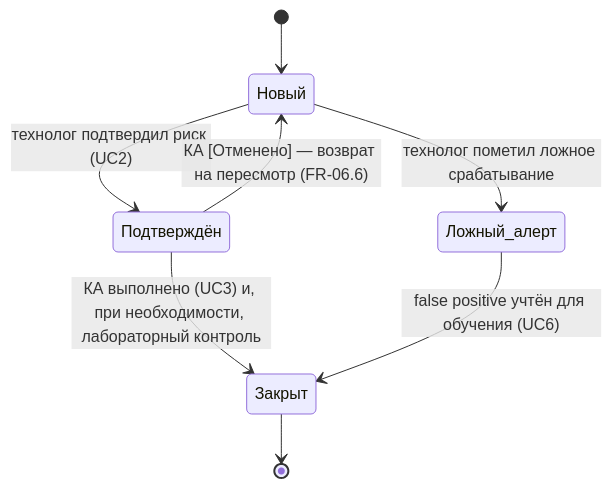
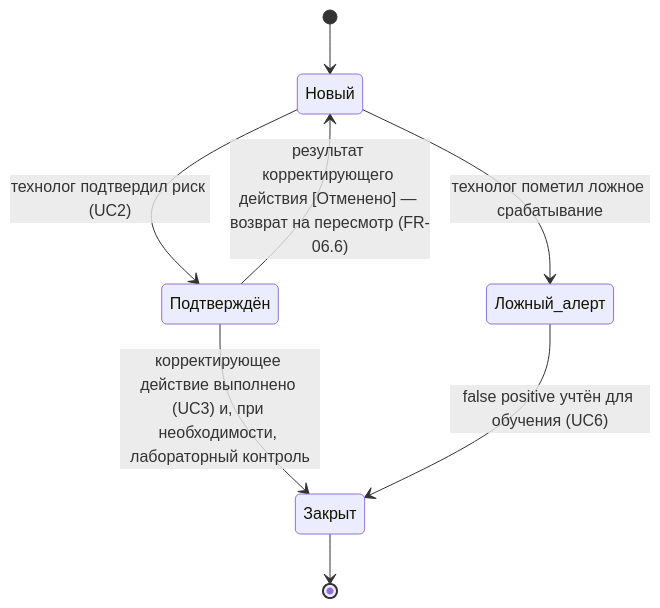
The first of 2 diagrams in docs/system_analysis/06_domain_model.md (igorvolk1961/water_checker), drawn with Mermaid before and after one commit. The commit also changed other lines of this file and 36 other files, not shown here.

Commit message:
Terminology (variant A): use full term 'корректирующее действие' in prose; Latin prefix CA for identifiers/tasks

````diff
--- a/docs/system_analysis/06_domain_model.md
+++ b/docs/system_analysis/06_domain_model.md
@@ -66,10 +66,10 @@
 ```mermaid
 stateDiagram-v2
     [*] --> Новый
     Новый --> Подтверждён: технолог подтвердил риск (UC2)
     Новый --> Ложный_алерт: технолог пометил ложное срабатывание
-    Подтверждён --> Новый: КА [Отменено] — возврат на пересмотр (FR-06.6)
-    Подтверждён --> Закрыт: КА выполнено (UC3) и, при необходимости, лабораторный контроль
+    Подтверждён --> Новый: результат корректирующего действия [Отменено] — возврат на пересмотр (FR-06.6)
+    Подтверждён --> Закрыт: корректирующее действие выполнено (UC3) и, при необходимости, лабораторный контроль
     Ложный_алерт --> Закрыт: false positive учтён для обучения (UC6)
     Закрыт --> [*]
 ```
````
